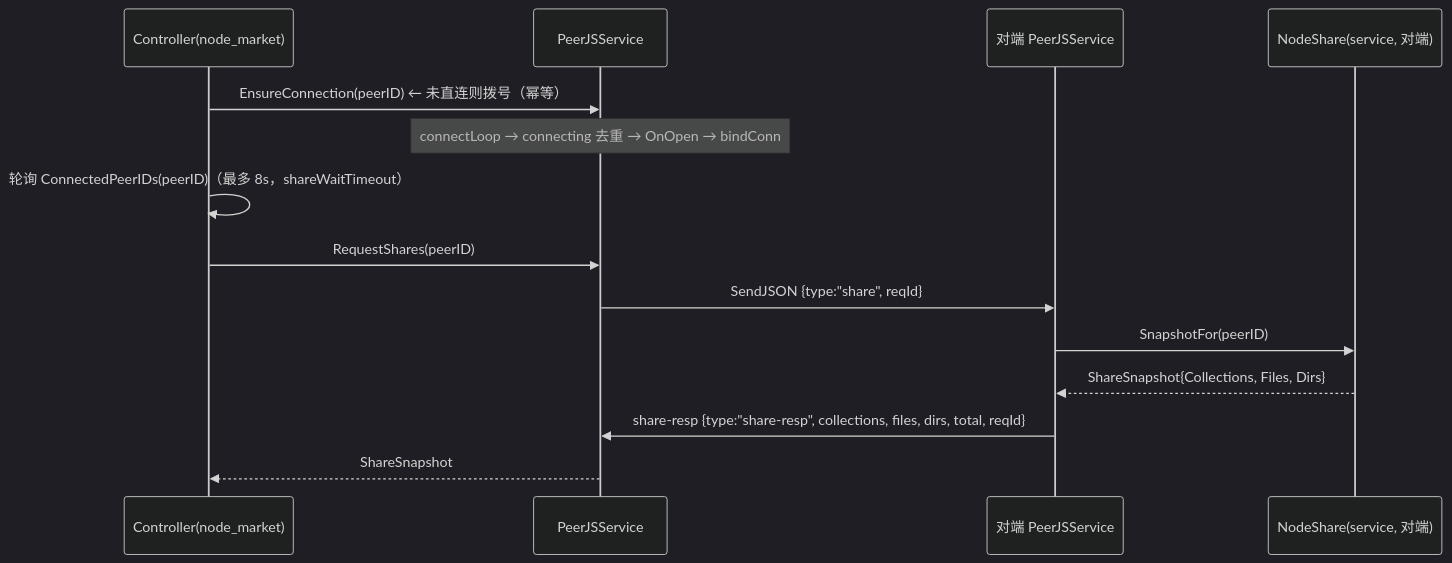
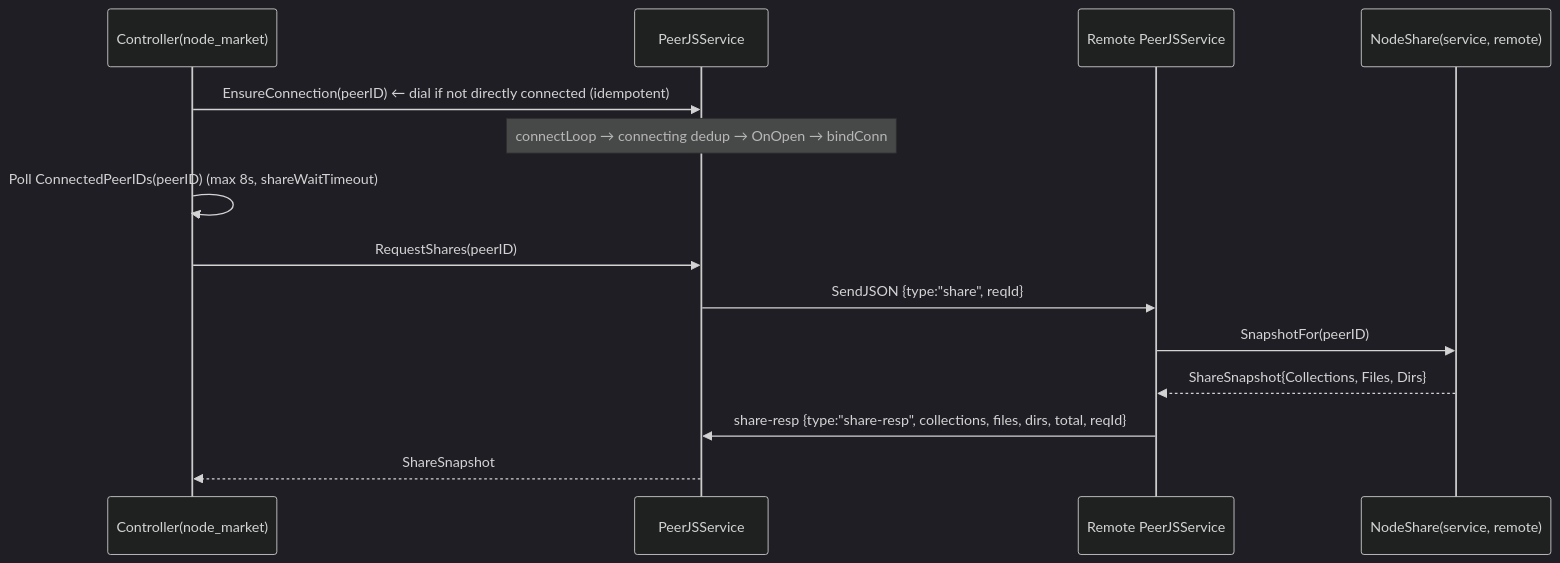
Before and after one commit to Hana-ame/peerdrive: the second of 6 diagrams in doc/design/connections/06-service-transport.md, drawn with Mermaid (dark theme). The commit also changed other lines of this file and 357 other files, not shown here.

````diff
--- a/doc/design/connections/06-service-transport.md
+++ b/doc/design/connections/06-service-transport.md
@@ -102,17 +102,17 @@
 ```mermaid
 sequenceDiagram
     participant C as Controller(node_market)
     participant T as PeerJSService
-    participant Peer as 对端 PeerJSService
-    participant NS as NodeShare(service, 对端)
+    participant Peer as Remote PeerJSService
+    participant NS as NodeShare(service, remote)
 
-    C->>T: EnsureConnection(peerID)   ← 未直连则拨号（幂等）
-    Note over T: connectLoop → connecting 去重 → OnOpen → bindConn
-    C->>C: 轮询 ConnectedPeerIDs(peerID)（最多 8s，shareWaitTimeout）
+    C->>T: EnsureConnection(peerID)   ← dial if not directly connected (idempotent)
+    Note over T: connectLoop → connecting dedup → OnOpen → bindConn
+    C->>C: Poll ConnectedPeerIDs(peerID) (max 8s, shareWaitTimeout)
     C->>T: RequestShares(peerID)
     T->>Peer: SendJSON {type:"share", reqId}
     Peer->>NS: SnapshotFor(peerID)
     NS-->>Peer: ShareSnapshot{Collections, Files, Dirs}
     Peer->>T: share-resp {type:"share-resp", collections, files, dirs, total, reqId}
     T-->>C: ShareSnapshot
 ```
````
